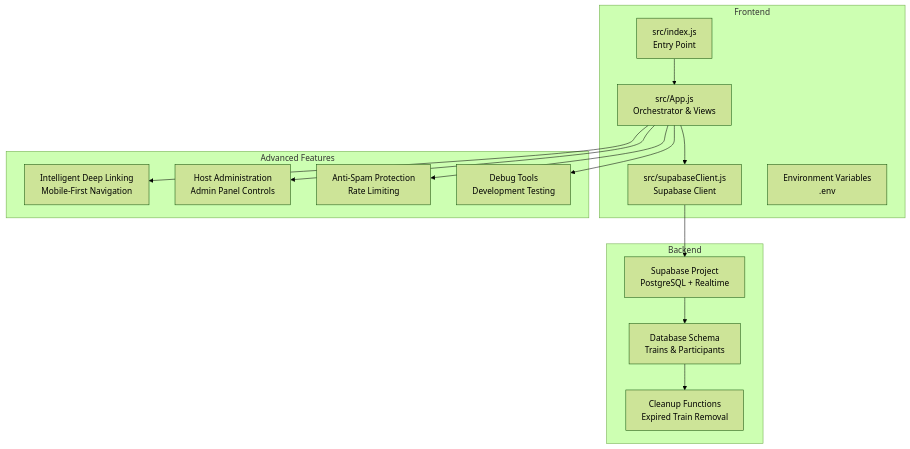
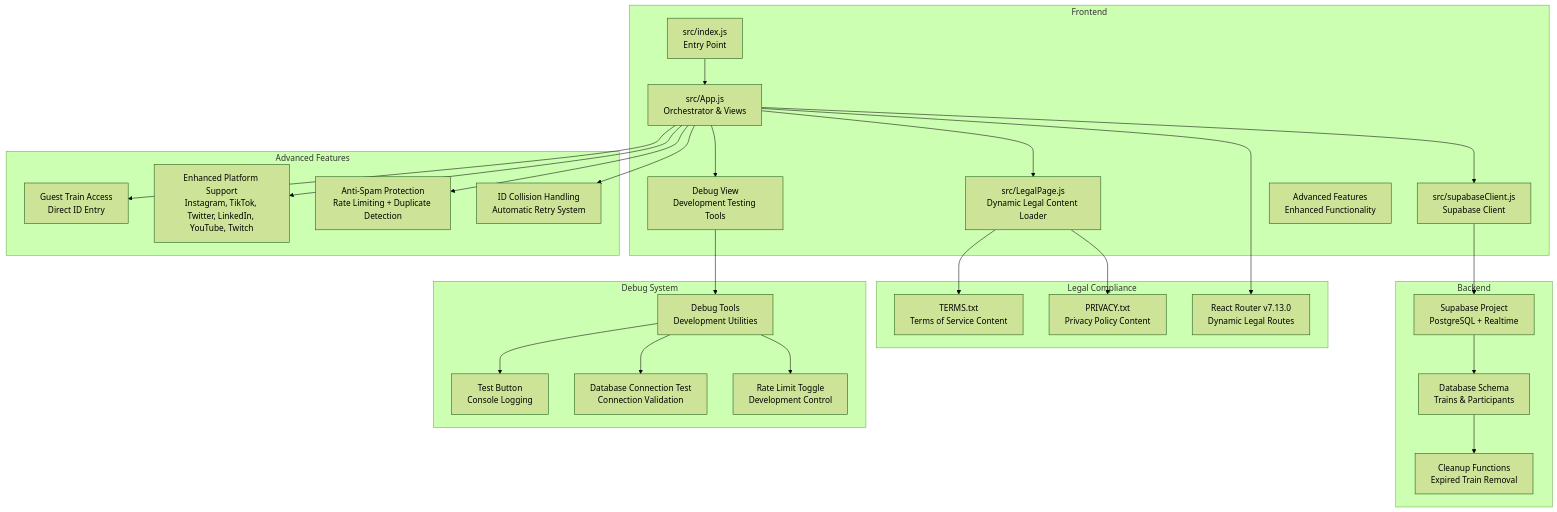
The first of 19 diagrams in .qoder/repowiki/en/content/Application Architecture.md (TheBooleanJulian/followtrain-v2), drawn with Mermaid (forest theme) before and after one commit. The commit also changed other lines of this file and 202 other files, not shown here.

Commit message:
Implement admin token persistence and recovery system

````diff
--- a/.qoder/repowiki/en/content/Application Architecture.md
+++ b/.qoder/repowiki/en/content/Application Architecture.md
@@ -48,29 +57,55 @@
 ```mermaid
 graph TB
 subgraph "Frontend"
 IDX["src/index.js<br/>Entry Point"]
 APP["src/App.js<br/>Orchestrator & Views"]
+LEGAL["src/LegalPage.js<br/>Dynamic Legal Content Loader"]
+DEBUG["Debug View<br/>Development Testing Tools"]
 SUP["src/supabaseClient.js<br/>Supabase Client"]
 END["Environment Variables<br/>.env"]
 end
 subgraph "Backend"
 SB["Supabase Project<br/>PostgreSQL + Realtime"]
 DB["Database Schema<br/>Trains & Participants"]
 CLEAN["Cleanup Functions<br/>Expired Train Removal"]
+END["Legal System<br/>Comprehensive Compliance"]
+end
+subgraph "Legal Compliance"
+TERMS["TERMS.txt<br/>Terms of Service Content"]
+PRIVACY["PRIVACY.txt<br/>Privacy Policy Content"]
+ROUTES["React Router v7.13.0<br/>Dynamic Legal Routes"]
+END["Legal System<br/>Comprehensive Compliance"]
+end
+subgraph "Debug System"
+DEBUGTOOLS["Debug Tools<br/>Development Utilities"]
+TESTBUTTON["Test Button<br/>Console Logging"]
+DBTEST["Database Connection Test<br/>Connection Validation"]
+RATELIMIT["Rate Limit Toggle<br/>Development Control"]
+END["Debug System<br/>Comprehensive Testing"]
 end
 subgraph "Advanced Features"
-DEEP["Intelligent Deep Linking<br/>Mobile-First Navigation"]
-ADMIN["Host Administration<br/>Admin Panel Controls"]
-RATE["Anti-Spam Protection<br/>Rate Limiting"]
-DEBUG["Debug Tools<br/>Development Testing"]
+GUEST["Guest Train Access<br/>Direct ID Entry"]
+PLATFORM["Enhanced Platform Support<br/>Instagram, TikTok, Twitter, LinkedIn, YouTube, Twitch"]
+SPAM["Anti-Spam Protection<br/>Rate Limiting + Duplicate Detection"]
+COLLISION["ID Collision Handling<br/>Automatic Retry System"]
+END["Advanced Features<br/>Enhanced Functionality"]
 end
 IDX --> APP
+APP --> LEGAL
+APP --> DEBUG
 APP --> SUP
 SUP --> SB
 SB --> DB
 DB --> CLEAN
-APP --> DEEP
-APP --> ADMIN
-APP --> RATE
-APP --> DEBUG
+APP --> GUEST
+APP --> PLATFORM
+APP --> SPAM
+APP --> COLLISION
+LEGAL --> TERMS
+LEGAL --> PRIVACY
+APP --> ROUTES
+DEBUG --> DEBUGTOOLS
+DEBUGTOOLS --> TESTBUTTON
+DEBUGTOOLS --> DBTEST
+DEBUGTOOLS --> RATELIMIT
 ```
````
